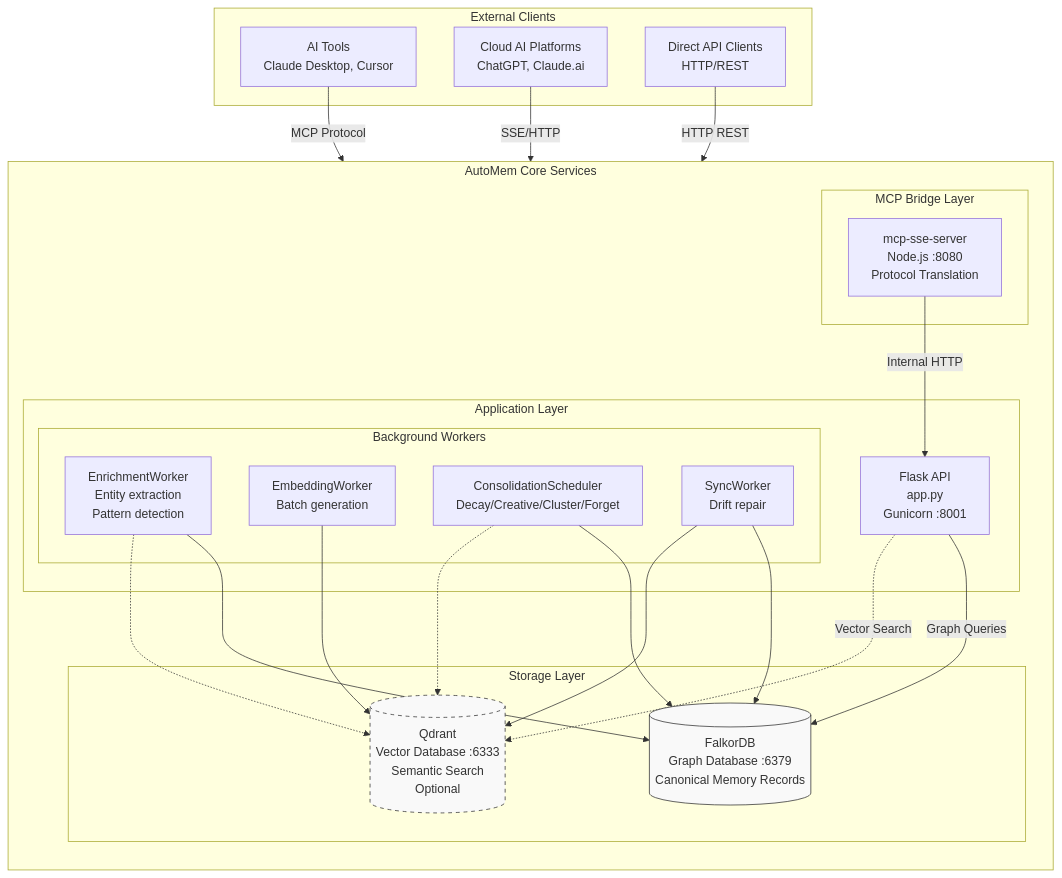
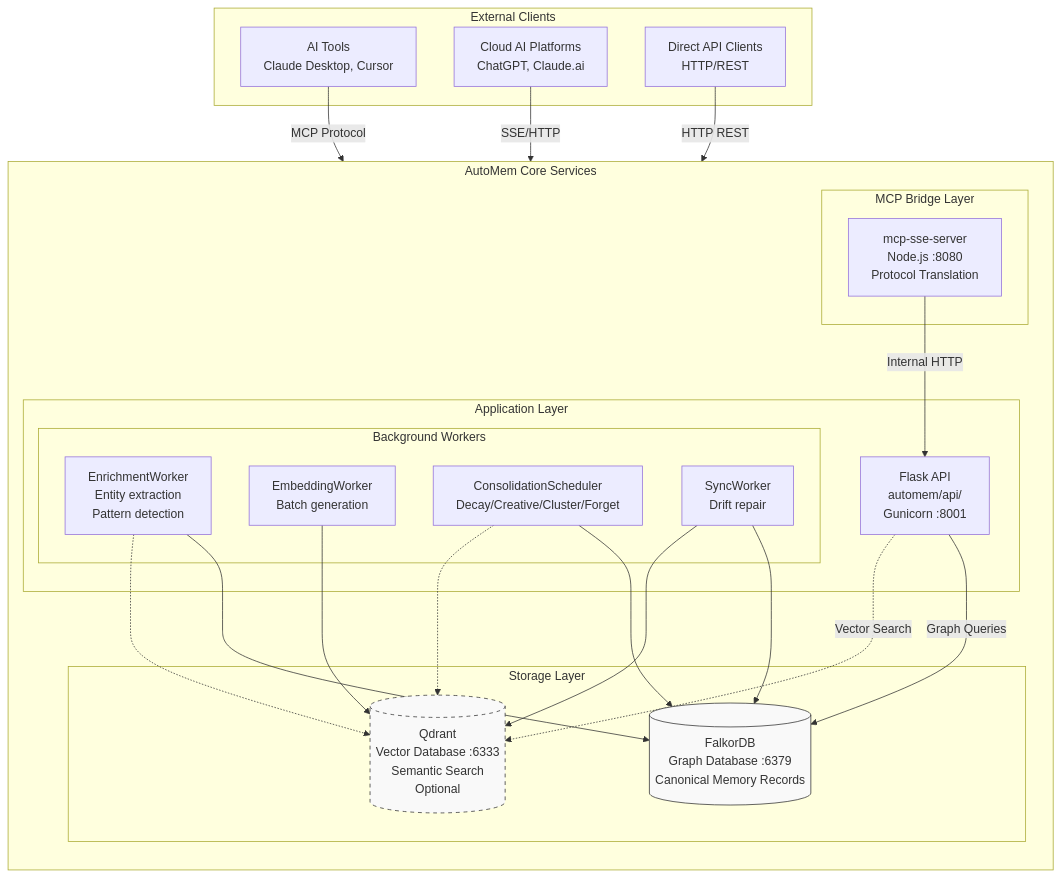
Before and after one commit to verygoodplugins/automem-website: the first of 6 diagrams in src/content/docs/docs/overview.md, drawn with Mermaid. The commit also changed other lines of this file and 2 other files, not shown here.

````diff
--- a/src/content/docs/docs/overview.md
+++ b/src/content/docs/docs/overview.md
@@ -34,52 +34,52 @@
 ```mermaid
 graph TB
     subgraph clients["External Clients"]
         AITools["AI Tools<br/>Claude Desktop, Cursor"]
         CloudAI["Cloud AI Platforms<br/>ChatGPT, Claude.ai"]
         DirectAPI["Direct API Clients<br/>HTTP/REST"]
     end
 
     subgraph core["AutoMem Core Services"]
         direction TB
 
         subgraph bridge["MCP Bridge Layer"]
             MCPBridge["mcp-sse-server<br/>Node.js :8080<br/>Protocol Translation"]
         end
 
         subgraph app_layer["Application Layer"]
-            FlaskAPI["Flask API<br/>app.py<br/>Gunicorn :8001"]
+            FlaskAPI["Flask API<br/>automem/api/<br/>Gunicorn :8001"]
 
             subgraph workers["Background Workers"]
                 EnrichWorker["EnrichmentWorker<br/>Entity extraction<br/>Pattern detection"]
                 EmbedWorker["EmbeddingWorker<br/>Batch generation"]
                 ConsolWorker["ConsolidationScheduler<br/>Decay/Creative/Cluster/Forget"]
                 SyncWorker["SyncWorker<br/>Drift repair"]
             end
         end
 
         subgraph storage["Storage Layer"]
             FalkorDB[("FalkorDB<br/>Graph Database :6379<br/>Canonical Memory Records")]
             Qdrant[("Qdrant<br/>Vector Database :6333<br/>Semantic Search<br/>Optional")]
         end
     end
 
     AITools -->|"MCP Protocol"| FlaskAPI
     CloudAI -->|"SSE/HTTP"| MCPBridge
     DirectAPI -->|"HTTP REST"| FlaskAPI
 
     MCPBridge -->|"Internal HTTP"| FlaskAPI
 
     FlaskAPI -->|"Graph Queries"| FalkorDB
     FlaskAPI -.->|"Vector Search"| Qdrant
 
     EnrichWorker --> FalkorDB
     EnrichWorker -.-> Qdrant
     EmbedWorker --> Qdrant
     ConsolWorker --> FalkorDB
     ConsolWorker -.-> Qdrant
     SyncWorker --> FalkorDB
     SyncWorker --> Qdrant
 
     style FalkorDB fill:#f9f9f9,stroke:#333
     style Qdrant fill:#f9f9f9,stroke:#333,stroke-dasharray: 5 5
 ```
````
